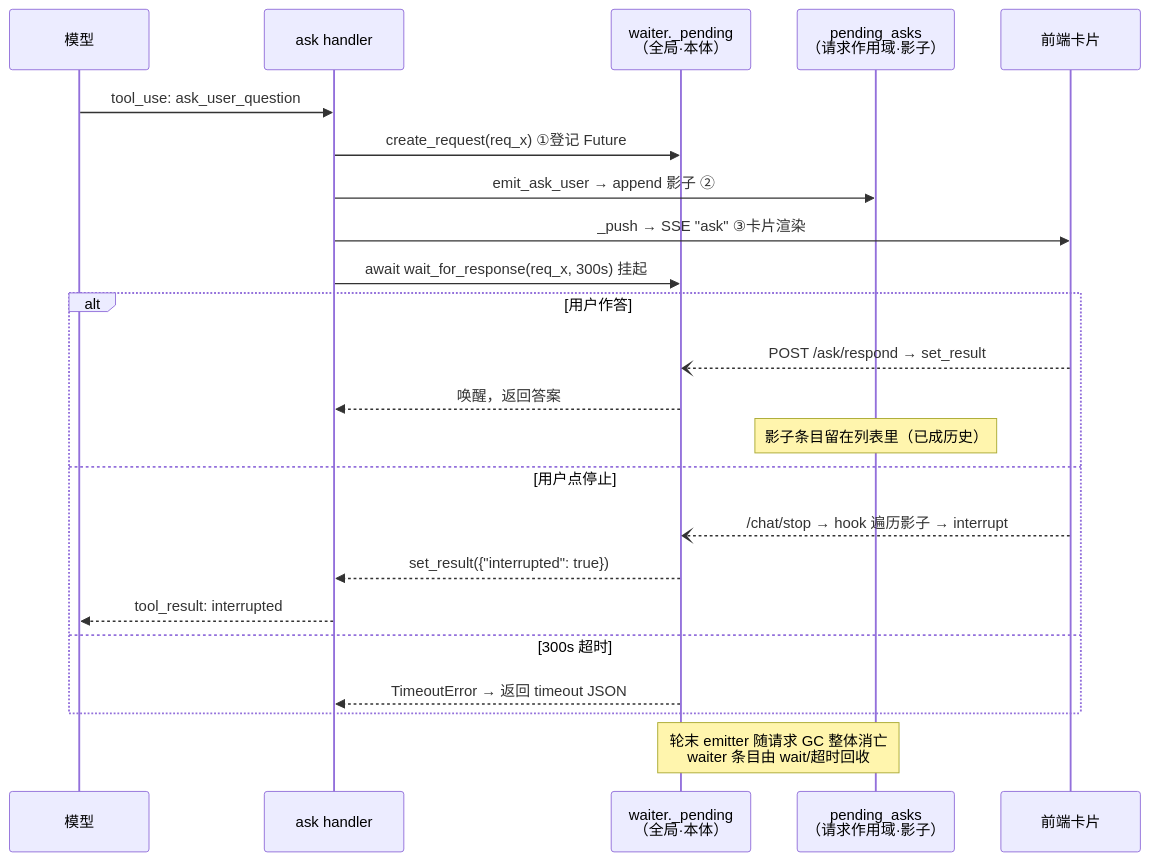
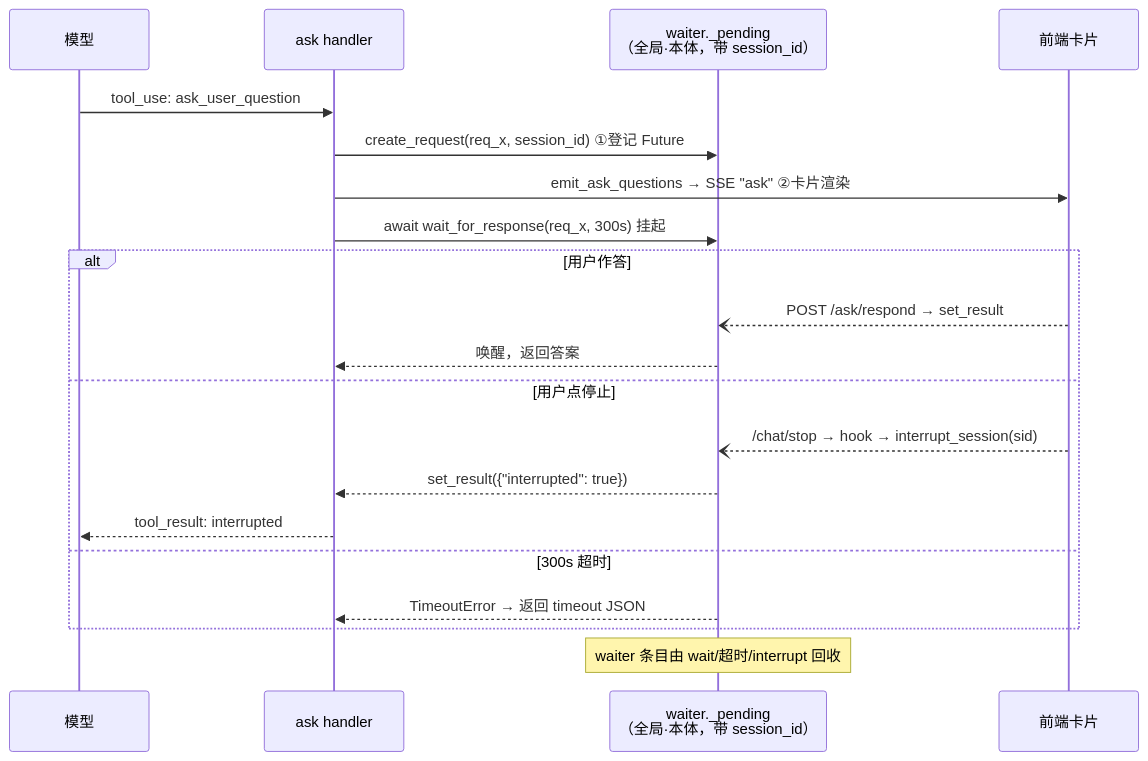
Before and after one commit to zhlhaohao/doclens: the second of 2 diagrams in doclens/web_v2/docs/ARCHITECTURE-ask-loopback.md, drawn with Mermaid. The commit also changed other lines of this file and 38 other files, not shown here.

First line of the commit message:
feat: prompt 缓存命中率优化（P0-1/P0-2）+ 压缩 transcript 落 .cortex + SSE ask 链路收敛

````diff
--- a/doclens/web_v2/docs/ARCHITECTURE-ask-loopback.md
+++ b/doclens/web_v2/docs/ARCHITECTURE-ask-loopback.md
@@ -75,28 +76,25 @@
 ```mermaid
 sequenceDiagram
     participant M as 模型
     participant H as ask handler
-    participant W as waiter._pending<br/>（全局·本体）
-    participant E as pending_asks<br/>（请求作用域·影子）
+    participant W as waiter._pending<br/>（全局·本体，带 session_id）
     participant FE as 前端卡片
 
     M->>H: tool_use: ask_user_question
-    H->>W: create_request(req_x) ①登记 Future
-    H->>E: emit_ask_user → append 影子 ②
-    H->>FE: _push → SSE "ask" ③卡片渲染
+    H->>W: create_request(req_x, session_id) ①登记 Future
+    H->>FE: emit_ask_questions → SSE "ask" ②卡片渲染
     H->>W: await wait_for_response(req_x, 300s) 挂起
 
     alt 用户作答
         FE--)W: POST /ask/respond → set_result
         W-->>H: 唤醒，返回答案
-        Note over E: 影子条目留在列表里（已成历史）
     else 用户点停止
-        FE--)W: /chat/stop → hook 遍历影子 → interrupt
+        FE--)W: /chat/stop → hook → interrupt_session(sid)
         W-->>H: set_result({"interrupted": true})
         H-->>M: tool_result: interrupted
     else 300s 超时
         W-->>H: TimeoutError → 返回 timeout JSON
     end
 
-    Note over E,W: 轮末 emitter 随请求 GC 整体消亡<br/>waiter 条目由 wait/超时回收
+    Note over W: waiter 条目由 wait/超时/interrupt 回收
 ```
````
